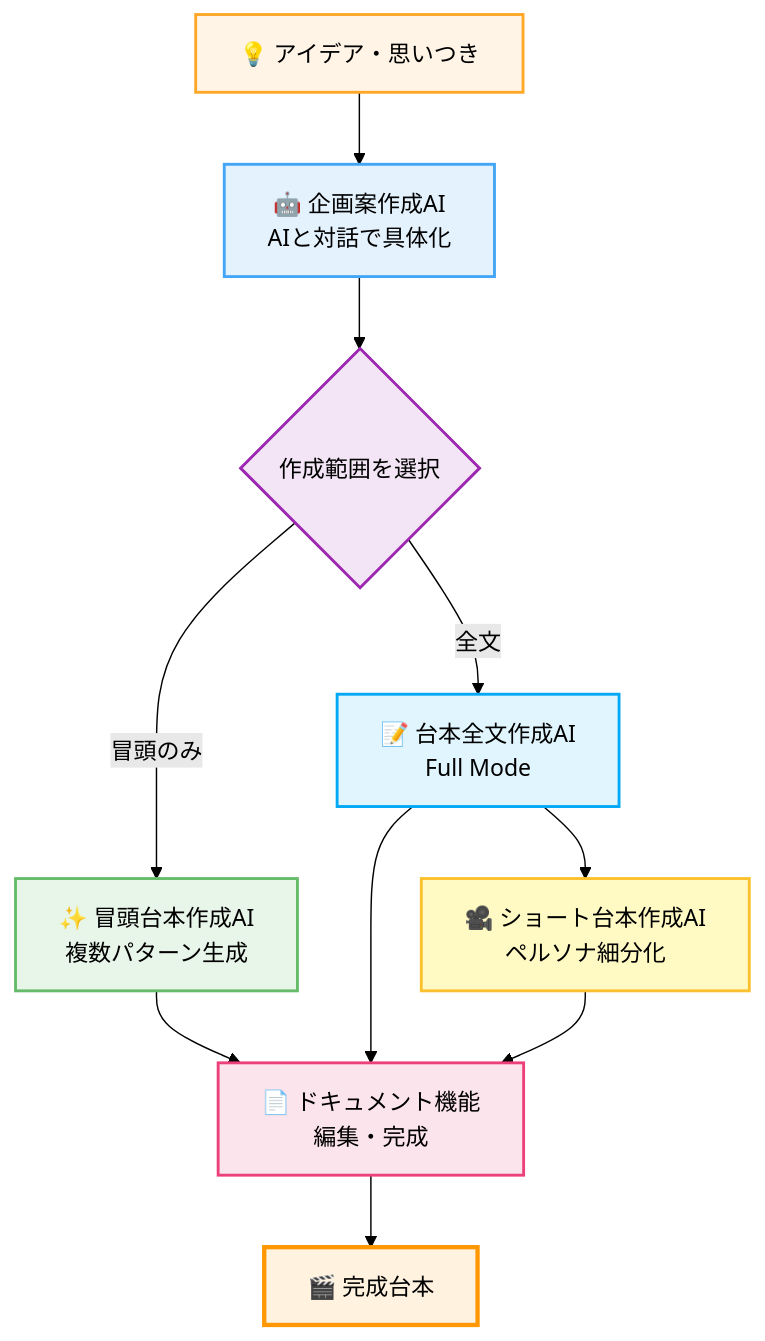
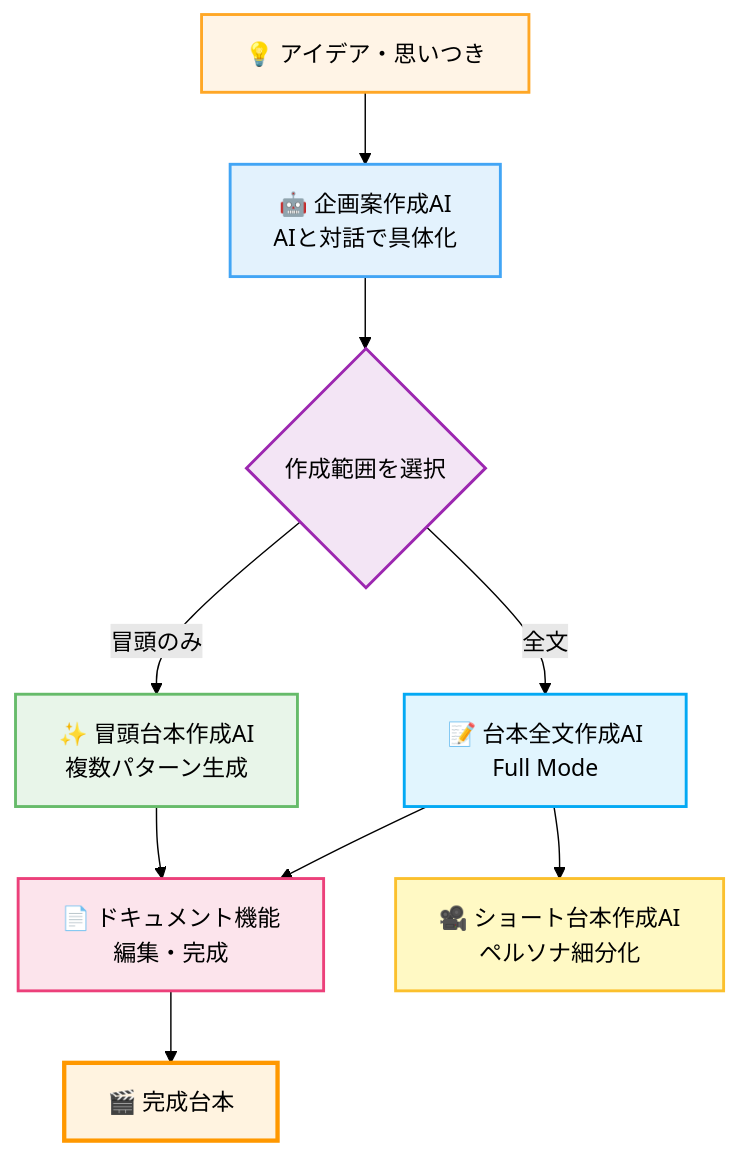
Before and after one commit to ele-inc/zero_user_manual: the diagram in docs/index.md, drawn with Mermaid (forest theme). The commit also changed other lines of this file, not shown here.

````diff
--- a/docs/index.md
+++ b/docs/index.md
@@ -133,20 +133,19 @@
 ```mermaid
 graph TB
     A[💡 アイデア・思いつき] --> B[🤖 企画案作成AI<br/>AIと対話で具体化]
     B --> C{作成範囲を選択}
     C -->|冒頭のみ| D[✨ 冒頭台本作成AI<br/>複数パターン生成]
     C -->|全文| E[📝 台本全文作成AI<br/>Full Mode]
     D --> F[📄 ドキュメント機能<br/>編集・完成]
     E --> F
     E --> H[🎥 ショート台本作成AI<br/>ペルソナ細分化]
-    H --> F
     F --> G[🎬 完成台本]
     style A fill:#fff4e6,stroke:#ffa726,stroke-width:2px
     style B fill:#e3f2fd,stroke:#42a5f5,stroke-width:2px
     style C fill:#f3e5f5,stroke:#9c27b0,stroke-width:2px
     style D fill:#e8f5e9,stroke:#66bb6a,stroke-width:2px
     style E fill:#e1f5fe,stroke:#03a9f4,stroke-width:2px
     style F fill:#fce4ec,stroke:#ec407a,stroke-width:2px
     style G fill:#fff3e0,stroke:#ff9800,stroke-width:3px
     style H fill:#fff9c4,stroke:#fbc02d,stroke-width:2px
 ```
````
